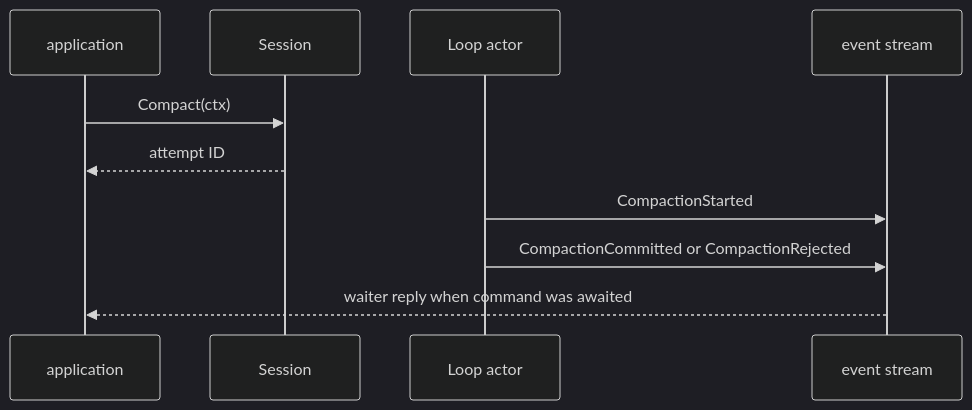
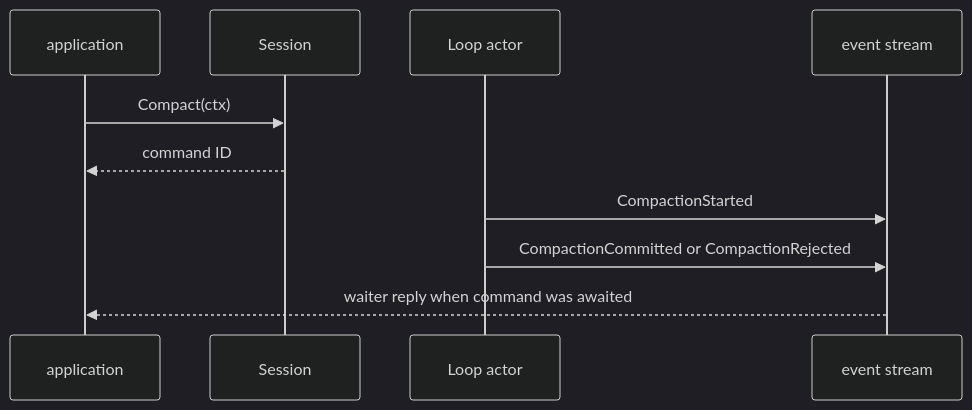
Before and after one commit to looprig/.github: the diagram in docs/guides/harness/compaction/manual-compaction.md, drawn with Mermaid. The commit also changed other lines of this file and 412 other files, not shown here.

````diff
--- a/docs/guides/harness/compaction/manual-compaction.md
+++ b/docs/guides/harness/compaction/manual-compaction.md
@@ -68,13 +72,13 @@
 ```mermaid
 %%{init: {"theme":"dark"}}%%
 sequenceDiagram
     participant A as application
     participant S as Session
     participant L as Loop actor
     participant E as event stream
     A->>S: Compact(ctx)
-    S-->>A: attempt ID
+    S-->>A: command ID
     L->>E: CompactionStarted
     L->>E: CompactionCommitted or CompactionRejected
     E-->>A: waiter reply when command was awaited
 ```
````
